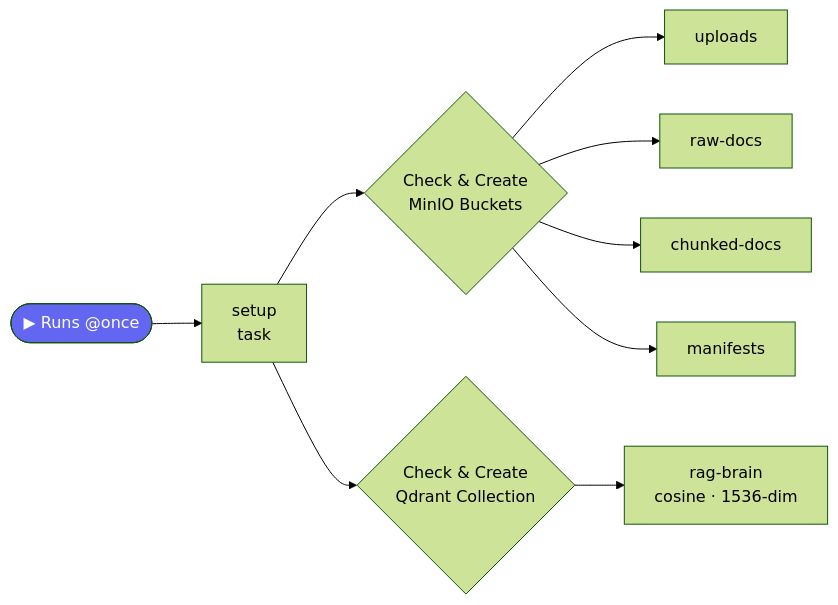
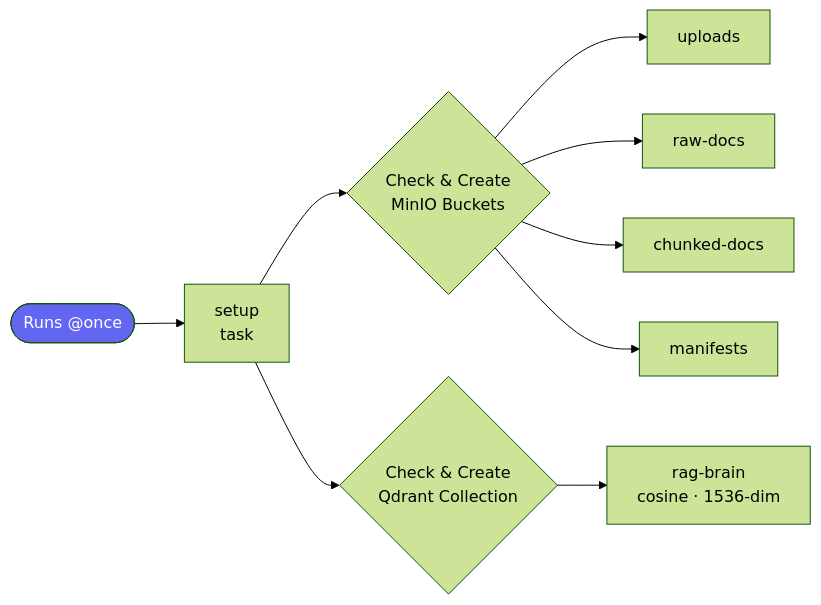
Before and after one commit to Udayreddy2608/RAGaaS: the fifth of 6 diagrams in README.md, drawn with Mermaid (forest theme). The commit also changed other lines of this file, not shown here.

````diff
--- a/README.md
+++ b/README.md
@@ -217,13 +217,13 @@
 ```mermaid
 flowchart LR
-    A([▶ Runs @once]) --> B[setup\ntask]
+    A([Runs @once]) --> B[setup\ntask]
     B --> C{Check & Create\nMinIO Buckets}
     B --> D{Check & Create\nQdrant Collection}
     C --> C1[uploads]
     C --> C2[raw-docs]
     C --> C3[chunked-docs]
     C --> C4[manifests]
     D --> D1["rag-brain\ncosine · 1536-dim"]
 
     style A fill:#6366f1,color:#fff
 ```
````
